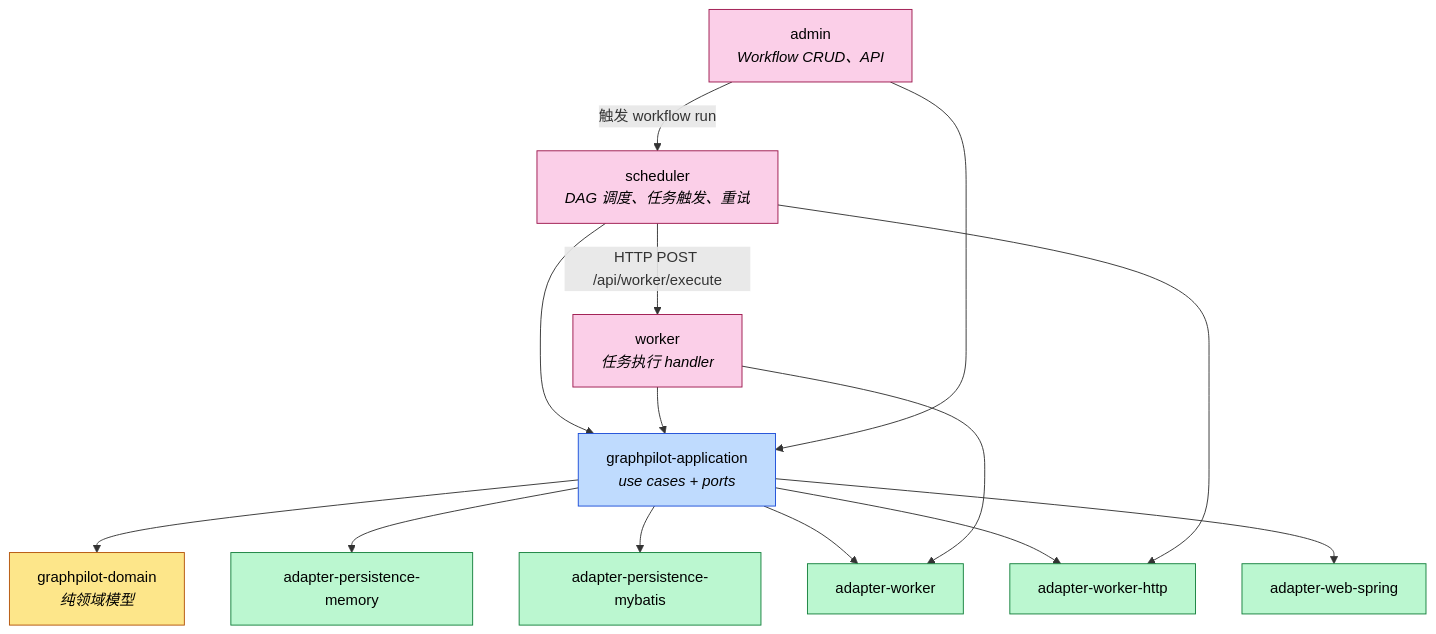
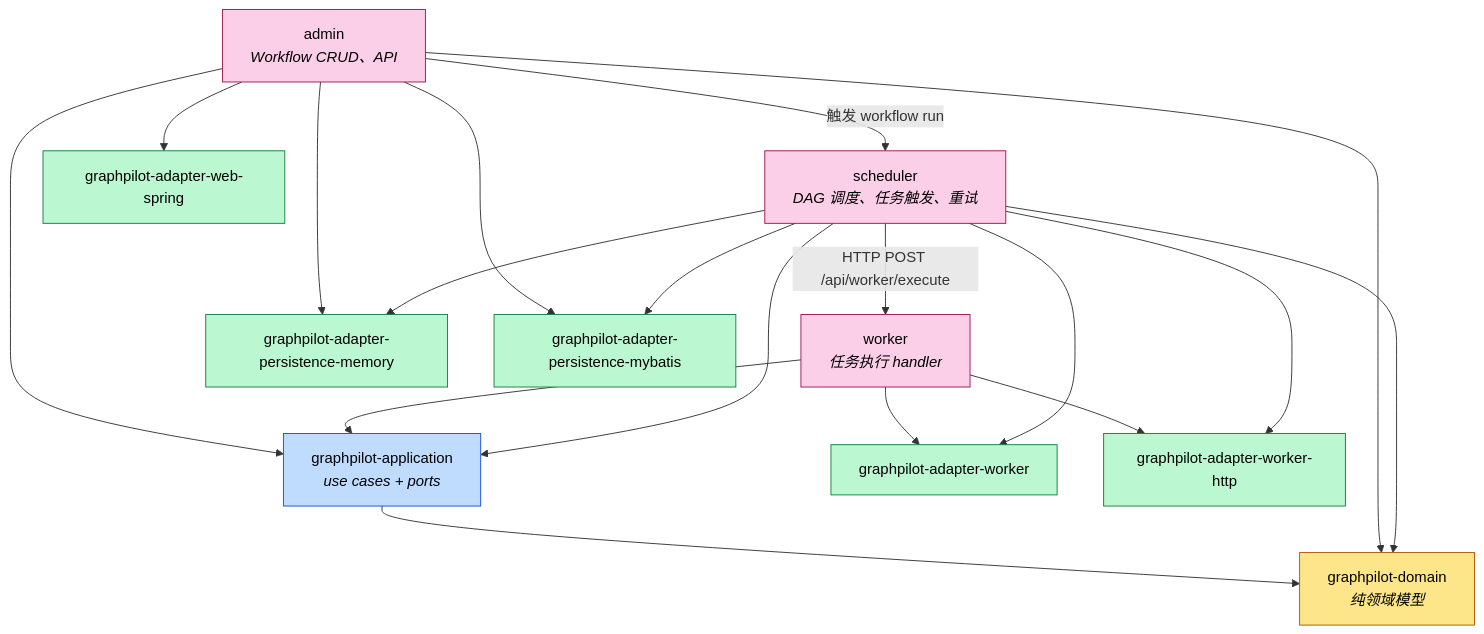
The diagram in docs/architecture/module-dependencies.md (jack20170608/GraphPilot), drawn with Mermaid before and after one commit. The commit also changed other lines of this file and 4 other files, not shown here.

````diff
--- a/docs/architecture/module-dependencies.md
+++ b/docs/architecture/module-dependencies.md
@@ -13,51 +13,54 @@
 ```mermaid
 graph TD
     %% 3 核心业务模块
     SCHEDULER["scheduler<br/><i>DAG 调度、任务触发、重试</i>"]
     WORKER["worker<br/><i>任务执行 handler</i>"]
     ADMIN["admin<br/><i>Workflow CRUD、API</i>"]
 
     %% 共享层
     DOMAIN["graphpilot-domain<br/><i>纯领域模型</i>"]
     APP["graphpilot-application<br/><i>use cases + ports</i>"]
 
     %% 适配器层
-    PERSISTENCE_MEM["adapter-persistence-memory"]
-    PERSISTENCE_MYBATIS["adapter-persistence-mybatis"]
-    ADAPTER_WORKER["adapter-worker"]
-    ADAPTER_WORKER_HTTP["adapter-worker-http"]
-    ADAPTER_WEB["adapter-web-spring"]
+    PERSISTENCE_MEM["graphpilot-adapter-persistence-memory"]
+    PERSISTENCE_MYBATIS["graphpilot-adapter-persistence-mybatis"]
+    ADAPTER_WORKER["graphpilot-adapter-worker"]
+    ADAPTER_WORKER_HTTP["graphpilot-adapter-worker-http"]
+    ADAPTER_WEB["graphpilot-adapter-web-spring"]
 
     %% 核心模块之间的通信
     SCHEDULER -- "HTTP POST /api/worker/execute" --> WORKER
     ADMIN -- "触发 workflow run" --> SCHEDULER
 
-    %% 核心 -> 共享层 -> 适配器
+    %% 每个 core 模块自包含依赖
     SCHEDULER --> APP
+    SCHEDULER --> DOMAIN
+    SCHEDULER --> PERSISTENCE_MEM
+    SCHEDULER --> PERSISTENCE_MYBATIS
+    SCHEDULER --> ADAPTER_WORKER
+    SCHEDULER --> ADAPTER_WORKER_HTTP
+
     WORKER --> APP
+    WORKER --> ADAPTER_WORKER
+    WORKER --> ADAPTER_WORKER_HTTP
+
     ADMIN --> APP
+    ADMIN --> DOMAIN
+    ADMIN --> PERSISTENCE_MEM
+    ADMIN --> PERSISTENCE_MYBATIS
+    ADMIN --> ADAPTER_WEB
 
+    %% 共享层依赖
     APP --> DOMAIN
-    APP --> PERSISTENCE_MEM
-    APP --> PERSISTENCE_MYBATIS
-    APP --> ADAPTER_WORKER
-    APP --> ADAPTER_WORKER_HTTP
-    APP --> ADAPTER_WEB
-
-    %% Worker -> handler core
-    WORKER --> ADAPTER_WORKER
-
-    %% Scheduler -> HTTP adapter (在 remote 模式下)
-    SCHEDULER --> ADAPTER_WORKER_HTTP
 
     %% 分层样式
     classDef core fill:#fbcfe8,stroke:#9d174d,color:#000
     classDef domain fill:#fde68a,stroke:#b45309,color:#000
     classDef app fill:#bfdbfe,stroke:#1d4ed8,color:#000
     classDef adapter fill:#bbf7d0,stroke:#15803d,color:#000
 
     class SCHEDULER,WORKER,ADMIN core
     class DOMAIN domain
     class APP app
     class PERSISTENCE_MEM,PERSISTENCE_MYBATIS,ADAPTER_WORKER,ADAPTER_WORKER_HTTP,ADAPTER_WEB adapter
 ```
````
